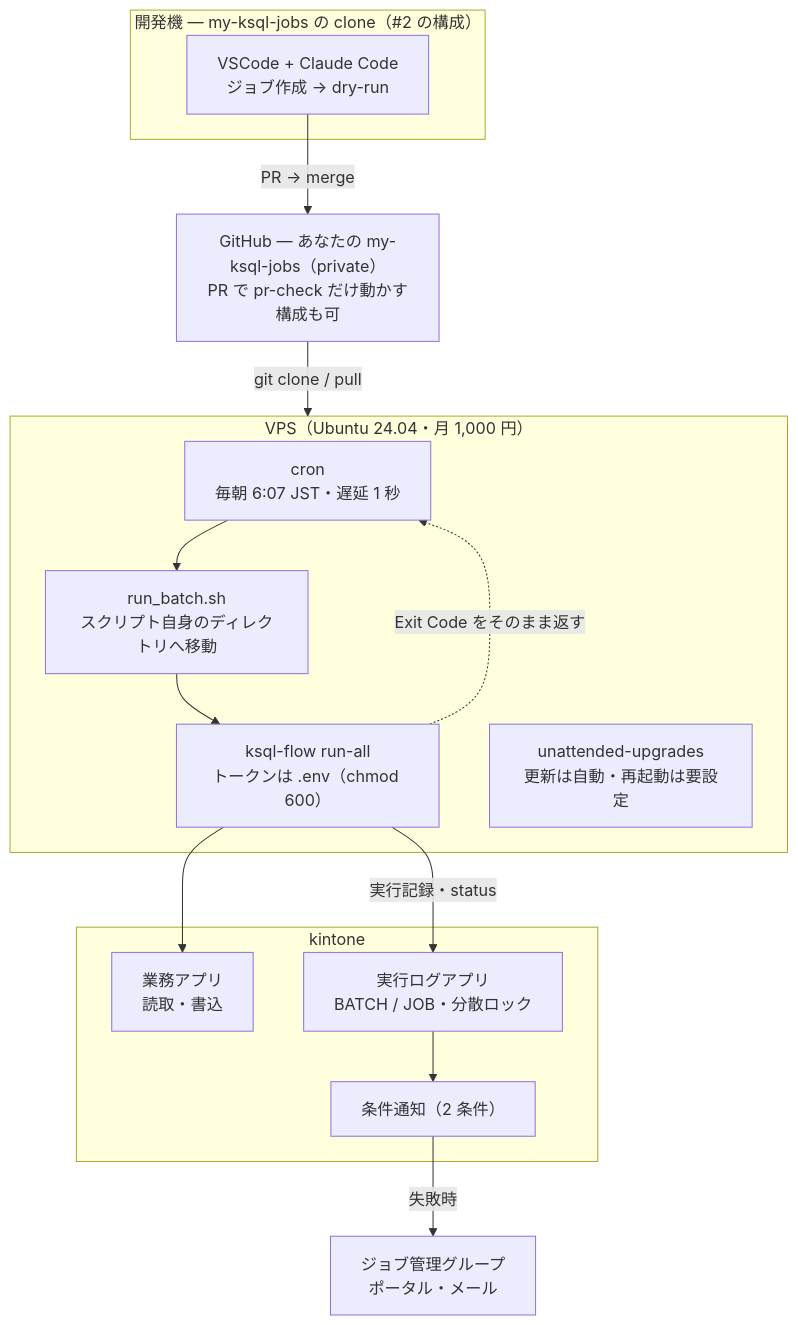
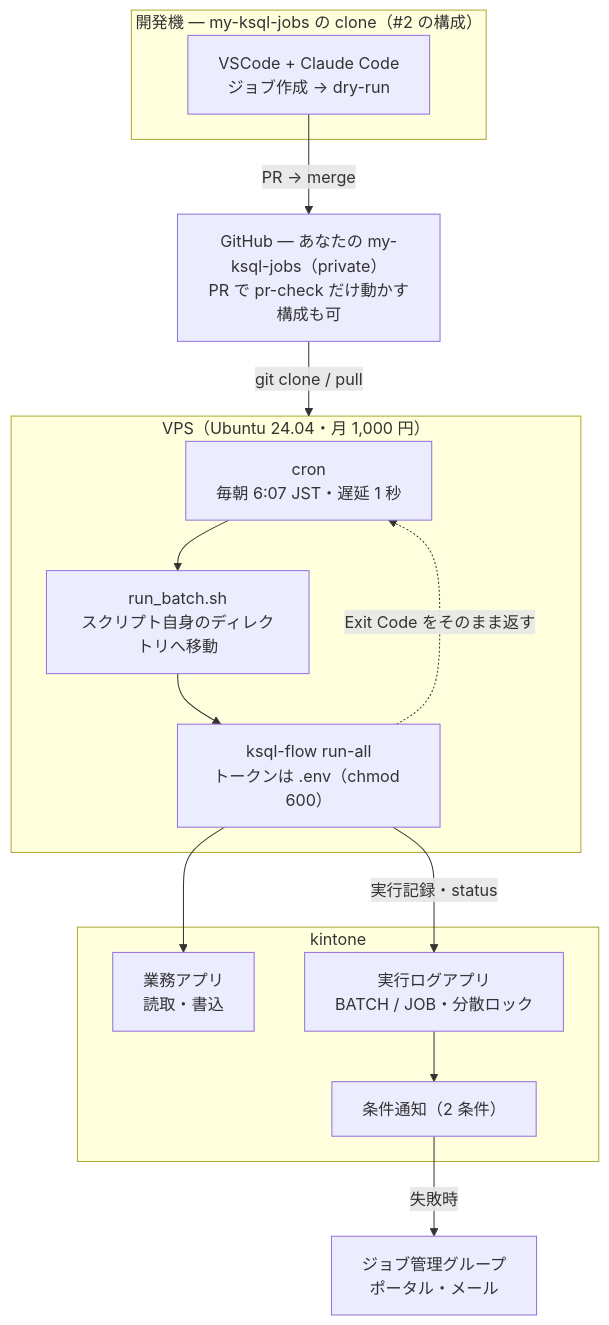
The diagram in docs/internal/qiita_draft_09_vps_cron.md (rex0220/ksql-flow), drawn with Mermaid before and after one commit. The commit also changed other lines of this file, not shown here.

Commit message:
docs: 記事 #9 公開前の最終 3 点 — 「管理コストゼロ」を「OS 管理コストがほぼゼロ」に(Secrets 管理は残る)・Automatic-Reboot-WithUsers の意味を補足・mermaid の孤立ノード(UPG)を削除

````diff
--- a/docs/internal/qiita_draft_09_vps_cron.md
+++ b/docs/internal/qiita_draft_09_vps_cron.md
@@ -39,28 +39,27 @@
 ```mermaid
 flowchart TB
     subgraph dev["開発機 — my-ksql-jobs の clone（#2 の構成）"]
         AI["VSCode + Claude Code<br>ジョブ作成 → dry-run"]
     end
     REPO["GitHub — あなたの my-ksql-jobs（private）<br>PR で pr-check だけ動かす構成も可"]
     subgraph vps["VPS（Ubuntu 24.04・月 1,000 円）"]
         CRON["cron<br>毎朝 6:07 JST・遅延 1 秒"]
         SH["run_batch.sh<br>スクリプト自身のディレクトリへ移動"]
         RUN["ksql-flow run-all<br>トークンは .env（chmod 600）"]
-        UPG["unattended-upgrades<br>更新は自動・再起動は要設定"]
         CRON --> SH --> RUN
         RUN -.->|"Exit Code をそのまま返す"| CRON
     end
     subgraph kin["kintone"]
         APPS["業務アプリ<br>読取・書込"]
         LOG["実行ログアプリ<br>BATCH / JOB・分散ロック"]
         NTF["条件通知（2 条件）"]
         LOG --> NTF
     end
     GRP["ジョブ管理グループ<br>ポータル・メール"]
 
     AI -->|"PR → merge"| REPO
     REPO -->|"git clone / pull"| vps
     RUN --> APPS
     RUN -->|"実行記録・status"| LOG
     NTF -->|"失敗時"| GRP
 ```
````
